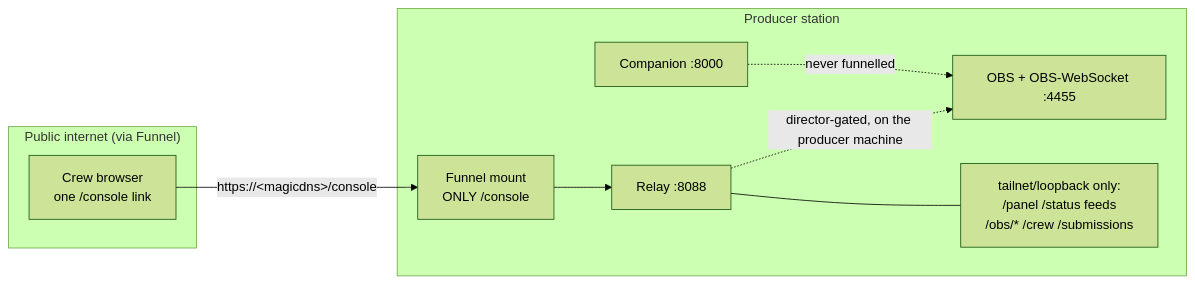
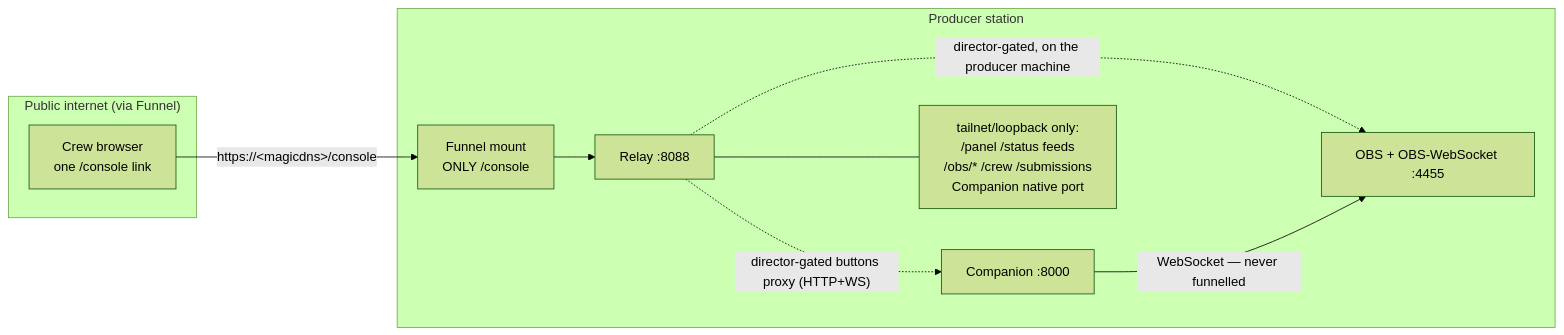
The diagram in src/docs/wiki/Remote-access.md (jegr78/gt-endurance-racing-broadcast), drawn with Mermaid (forest theme) before and after one commit. The commit also changed other lines of this file and 3 other files, not shown here.

Commit message:
docs(wiki): document Companion buttons over Funnel + the boundary change (#236)

````diff
--- a/src/docs/wiki/Remote-access.md
+++ b/src/docs/wiki/Remote-access.md
@@ -110,17 +110,18 @@
 ```mermaid
 flowchart LR
   subgraph Public["Public internet (via Funnel)"]
     CREW["Crew browser<br/>one /console link"]
   end
   subgraph Producer["Producer station"]
     MOUNT["Funnel mount<br/>ONLY /console"]
     RELAY["Relay :8088"]
     OBS["OBS + OBS-WebSocket :4455"]
     COMP["Companion :8000"]
-    PRIV["tailnet/loopback only:<br/>/panel /status feeds<br/>/obs/* /crew /submissions"]
+    PRIV["tailnet/loopback only:<br/>/panel /status feeds<br/>/obs/* /crew /submissions<br/>Companion native port"]
   end
   CREW -->|"https://&lt;magicdns&gt;/console"| MOUNT --> RELAY
   RELAY -. "director-gated, on the producer machine" .-> OBS
+  RELAY -. "director-gated buttons proxy (HTTP+WS)" .-> COMP
   RELAY --- PRIV
-  COMP -.->|"never funnelled"| OBS
+  COMP -->|"WebSocket — never funnelled"| OBS
 ```
````
